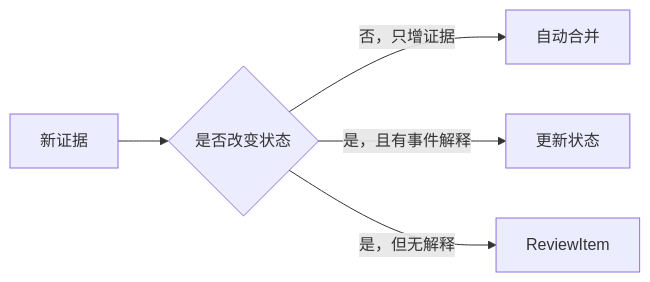
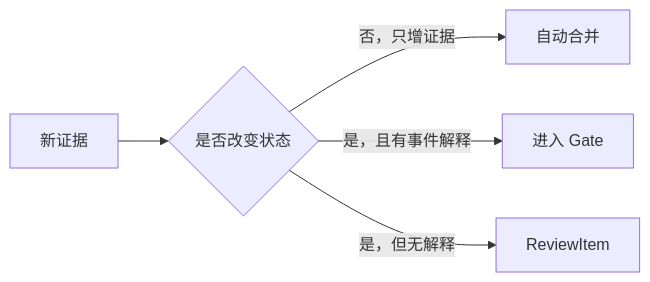
One commit to FrankQDWang/sextantlabs changed the second of 5 diagrams in goals/18-conflict-policy.md. Above: the diagram before and after it, drawn with Mermaid. The commit also changed other lines of this file, not shown here.

Commit message:
Clarify review item lifecycle and canon promotion gate

````diff
--- a/goals/18-conflict-policy.md
+++ b/goals/18-conflict-policy.md
@@ -59,7 +64,7 @@
 ```mermaid
 flowchart LR
     A[新证据] --> B{是否改变状态}
     B -->|否，只增证据| C[自动合并]
-    B -->|是，且有事件解释| D[更新状态]
+    B -->|是，且有事件解释| D[进入 Gate]
     B -->|是，但无解释| E[ReviewItem]
 ```
````
